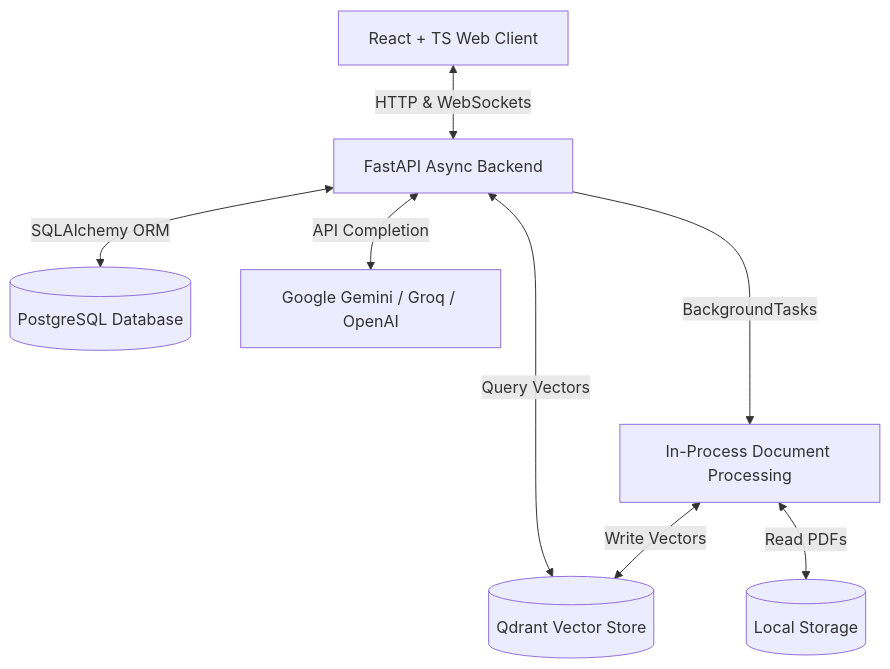
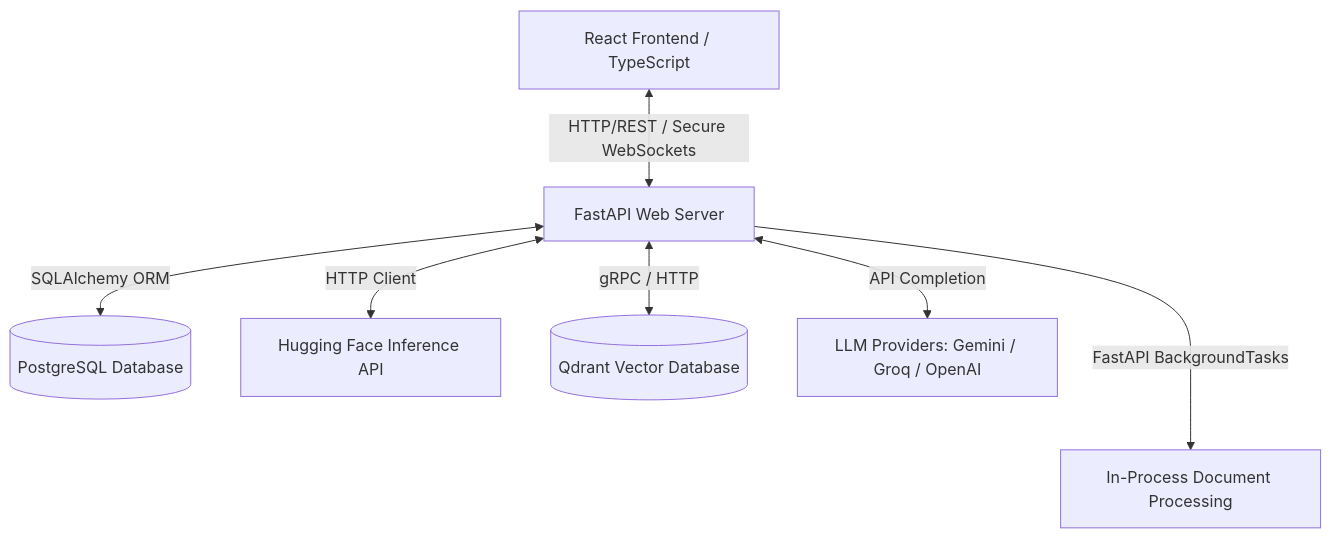
Before and after one commit to Tanaychoubey/rag-assistant: the first of 3 diagrams in README.md, drawn with Mermaid. The commit also changed other lines of this file, not shown here.

````diff
--- a/README.md
+++ b/README.md
@@ -11,10 +11,9 @@
 ```mermaid
 graph TD
-    Client[React + TS Web Client] <-->|HTTP & WebSockets| API[FastAPI Async Backend]
+    Client[React Frontend / TypeScript] <-->|HTTP/REST / Secure WebSockets| API[FastAPI Web Server]
     API <-->|SQLAlchemy ORM| DB[(PostgreSQL Database)]
-    API --->|BackgroundTasks| Task[In-Process Document Processing]
-    Task <-->|Write Vectors| Qdrant[(Qdrant Vector Store)]
-    Task <-->|Read PDFs| Storage[(Local Storage)]
-    API <-->|Query Vectors| Qdrant
-    API <-->|API Completion| LLM[Google Gemini / Groq / OpenAI]
+    API <-->|HTTP Client| HF[Hugging Face Inference API]
+    API <-->|gRPC / HTTP| Qdrant[(Qdrant Vector Database)]
+    API <-->|API Completion| LLM[LLM Providers: Gemini / Groq / OpenAI]
+    API --->|FastAPI BackgroundTasks| Process[In-Process Document Processing]
 ```
````
